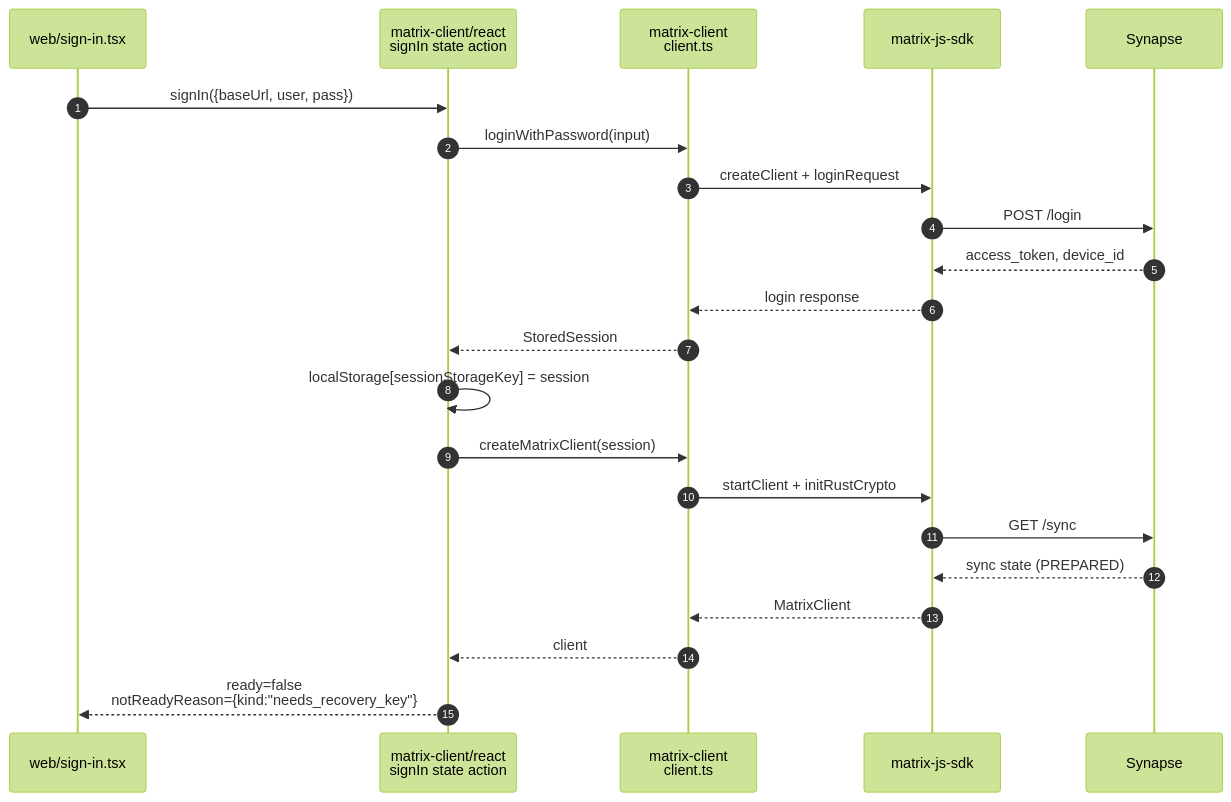
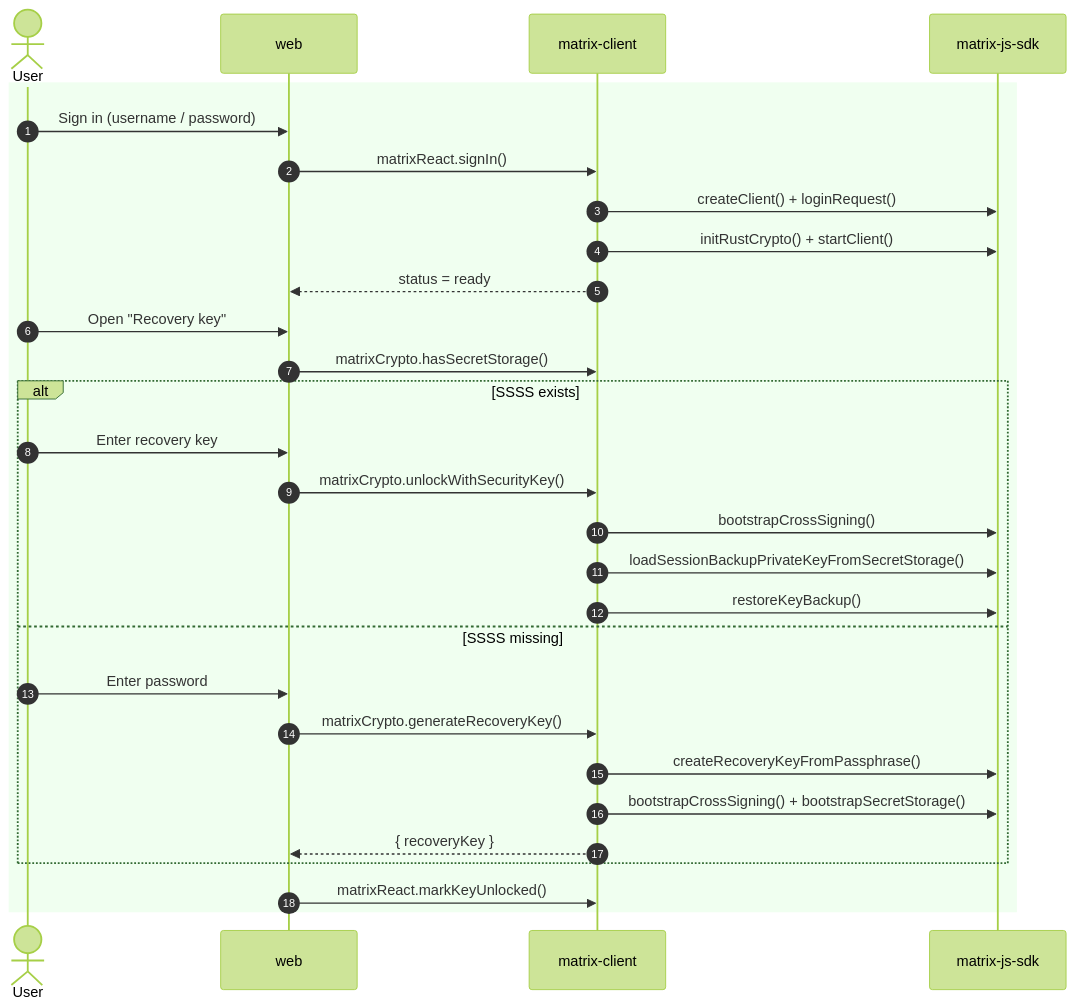
Before and after one commit to tini-works/e2ee-exploration: the first of 3 diagrams in README.md, drawn with Mermaid (forest theme). The commit also changed other lines of this file and 63 other files, not shown here.

Commit message:
feat(attachments): encrypted file, inline preview, delete, timeline polish

````diff
--- a/README.md
+++ b/README.md
@@ -7,25 +7,33 @@
 ```mermaid
 sequenceDiagram
-    autonumber
-    participant UI as web/sign-in.tsx
-    participant Hook as matrix-client/react<br/>signIn state action
-    participant Core as matrix-client<br/>client.ts
-    participant SDK as matrix-js-sdk
-    participant HS as Synapse
+  autonumber
+  actor U as User
+  participant W as web
+  participant MC as matrix-client
+  participant SDK as matrix-js-sdk
 
-    UI->>Hook: signIn({baseUrl, user, pass})
-    Hook->>Core: loginWithPassword(input)
-    Core->>SDK: createClient + loginRequest
-    SDK->>HS: POST /login
-    HS-->>SDK: access_token, device_id
-    SDK-->>Core: login response
-    Core-->>Hook: StoredSession
-    Hook->>Hook: localStorage[sessionStorageKey] = session
-    Hook->>Core: createMatrixClient(session)
-    Core->>SDK: startClient + initRustCrypto
-    SDK->>HS: GET /sync
-    HS-->>SDK: sync state (PREPARED)
-    SDK-->>Core: MatrixClient
-    Core-->>Hook: client
-    Hook-->>UI: ready=false<br/>notReadyReason={kind:"needs_recovery_key"}
+  rect rgb(240, 255, 240)
+  U->>W: Sign in (username / password)
+  W->>MC: matrixReact.signIn()
+  MC->>SDK: createClient() + loginRequest()
+  MC->>SDK: initRustCrypto() + startClient()
+  MC-->>W: status = ready
+
+  U->>W: Open "Recovery key"
+  W->>MC: matrixCrypto.hasSecretStorage()
+  alt SSSS exists
+    U->>W: Enter recovery key
+    W->>MC: matrixCrypto.unlockWithSecurityKey()
+    MC->>SDK: bootstrapCrossSigning()
+    MC->>SDK: loadSessionBackupPrivateKeyFromSecretStorage()
+    MC->>SDK: restoreKeyBackup()
+  else SSSS missing
+    U->>W: Enter password
+    W->>MC: matrixCrypto.generateRecoveryKey()
+    MC->>SDK: createRecoveryKeyFromPassphrase()
+    MC->>SDK: bootstrapCrossSigning() + bootstrapSecretStorage()
+    MC-->>W: { recoveryKey }
+  end
+  W->>MC: matrixReact.markKeyUnlocked()
+  end
 ```
````
